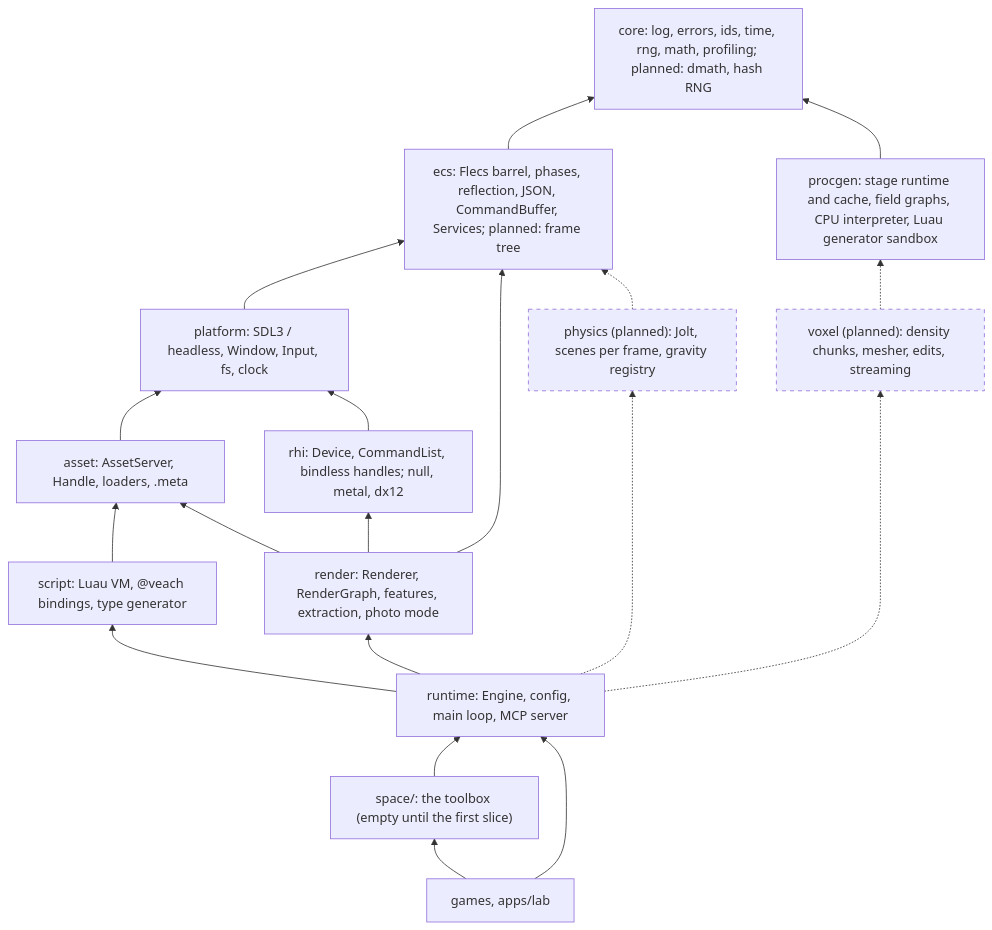
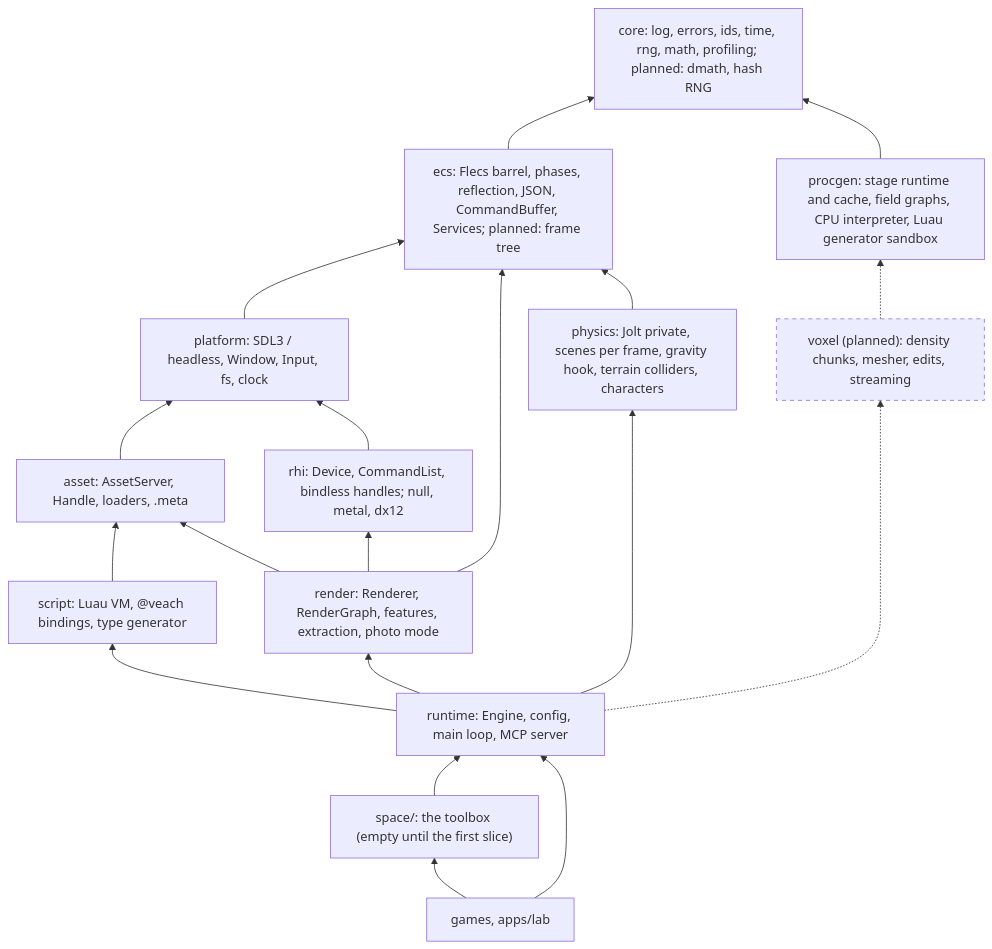
Before and after one commit to pdcamargo/veach: the first of 2 diagrams in docs/ARCHITECTURE.md, drawn with Mermaid. The commit also changed other lines of this file and 41 other files, not shown here.

````diff
--- a/docs/ARCHITECTURE.md
+++ b/docs/ARCHITECTURE.md
@@ -71,36 +71,36 @@
 ```mermaid
 flowchart BT
     core["core: log, errors, ids, time, rng, math, profiling; planned: dmath, hash RNG"]
     ecs["ecs: Flecs barrel, phases, reflection, JSON, CommandBuffer, Services; planned: frame tree"]
     platform["platform: SDL3 / headless, Window, Input, fs, clock"]
     asset["asset: AssetServer, Handle, loaders, .meta"]
     script["script: Luau VM, @veach bindings, type generator"]
     rhi["rhi: Device, CommandList, bindless handles; null, metal, dx12"]
     render["render: Renderer, RenderGraph, features, extraction, photo mode"]
-    physics["physics (planned): Jolt, scenes per frame, gravity registry"]
+    physics["physics: Jolt private, scenes per frame, gravity hook, terrain colliders, characters"]
     procgen["procgen: stage runtime and cache, field graphs, CPU interpreter, Luau generator sandbox"]
     voxel["voxel (planned): density chunks, mesher, edits, streaming"]
     runtime["runtime: Engine, config, main loop, MCP server"]
     space["space/: the toolbox (empty until the first slice)"]
     games["games, apps/lab"]
     ecs --> core
     platform --> ecs
     asset --> platform
     script --> asset
     rhi --> platform
     render --> rhi
     render --> ecs
     render --> asset
-    physics -.-> ecs
+    physics --> ecs
     procgen --> core
     voxel -.-> procgen
     runtime --> script
     runtime --> render
-    runtime -.-> physics
+    runtime --> physics
     runtime -.-> voxel
     space --> runtime
     games --> space
     games --> runtime
     classDef planned stroke-dasharray: 5 5
-    class physics,voxel planned
+    class voxel planned
 ```
````
